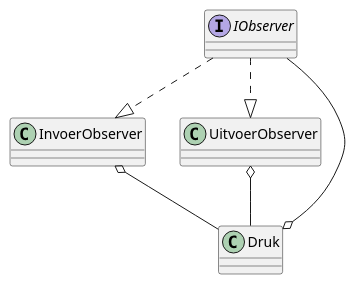
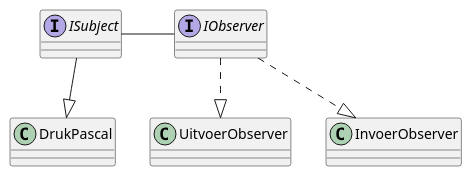
Before and after one commit to WillemDendauw/SoftwareontwikkelingII: the diagram in Reeks10 Drukmeter (Observer)/Drukmeter.puml, drawn with PlantUML. The commit also changed 181 other files, not shown here.

```diff
--- a/Reeks10 Drukmeter (Observer)/Drukmeter.puml
+++ b/Reeks10 Drukmeter (Observer)/Drukmeter.puml
@@ -1,28 +1,29 @@
 @startuml Drukmeter
 skinparam ClassAttributeIconSize 0
 
 class InvoerObserver{
 
 }
 
 class UitvoerObserver{
 
 }
 
 interface IObserver{
 
 }
 
-class Druk {
+class DrukPascal {
 
 }
 
+interface ISubject
+
 InvoerObserver <|.up. IObserver
 UitvoerObserver <|.up. IObserver
-InvoerObserver o-- Druk
-UitvoerObserver o-- Druk
+ISubject -right- IObserver
 
-IObserver --o Druk
+ISubject --|> DrukPascal
 
 
 @enduml
```
